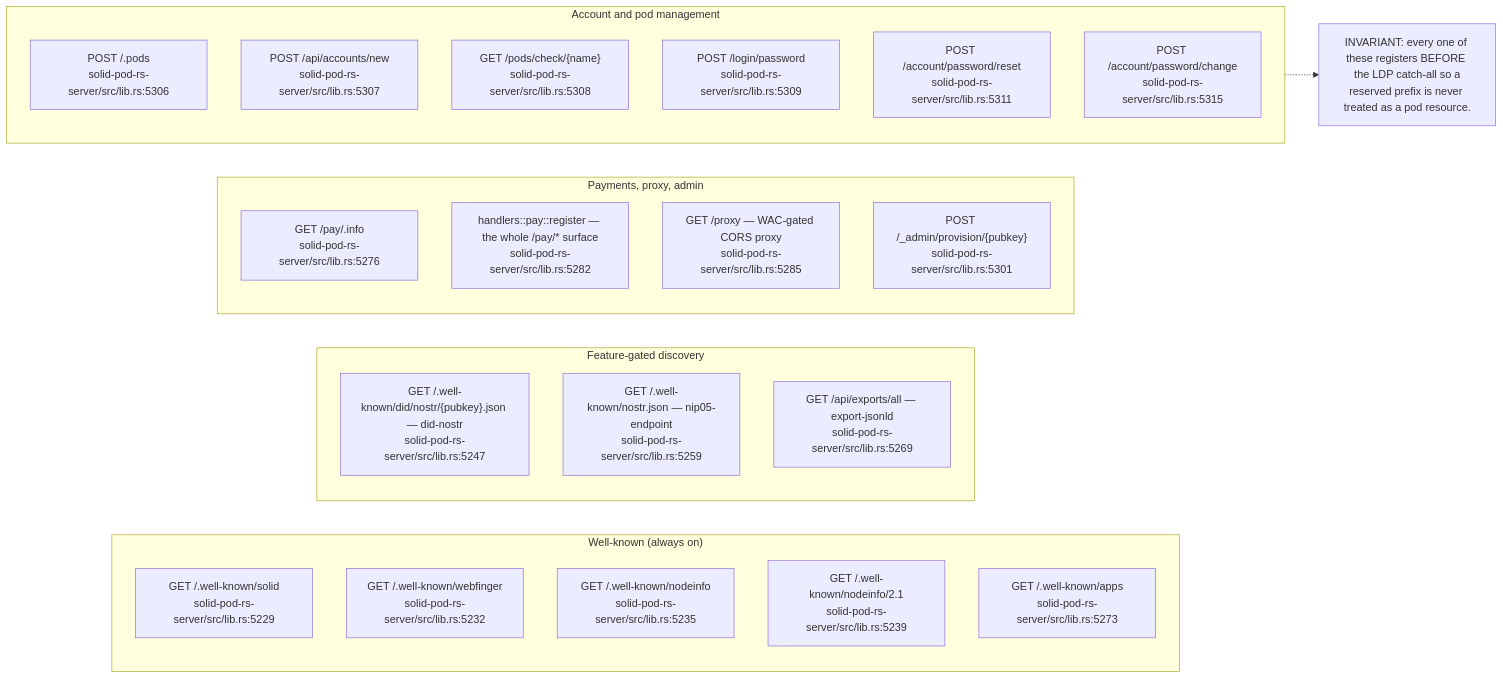
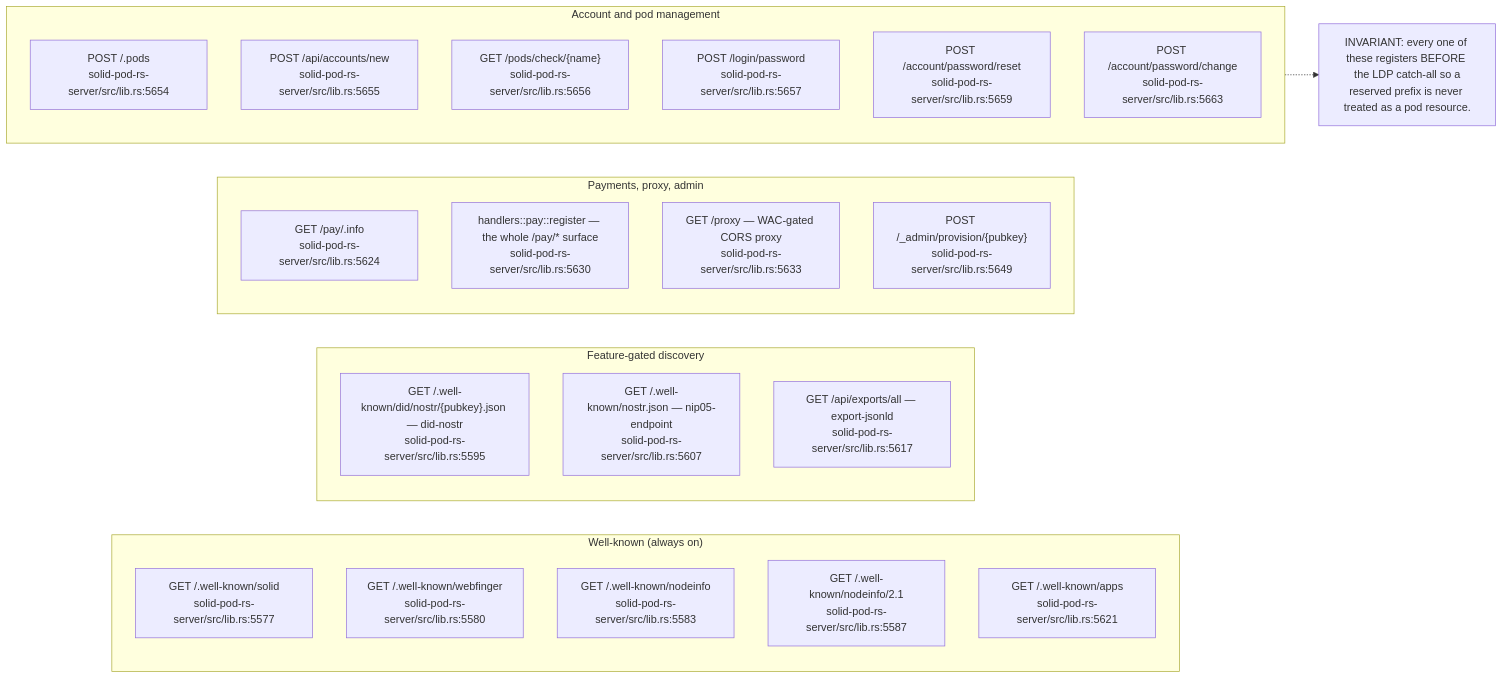
The eighth of 11 diagrams in docs/diagrams/solid-pod-rs/02-server-boot-and-routes.md (DreamLab-AI/VisionFlow), drawn with Mermaid before and after one commit. The commit also changed other lines of this file and 154 other files, not shown here.

First line of the commit message:
docs(diagrams): re-stamp 154 topics whose every citation still reads the same text at the current heads

````diff
--- a/docs/diagrams/solid-pod-rs/02-server-boot-and-routes.md
+++ b/docs/diagrams/solid-pod-rs/02-server-boot-and-routes.md
@@ -233,32 +233,32 @@
 ```mermaid
 flowchart LR
     subgraph WK["Well-known (always on)"]
-        A1["GET /.well-known/solid<br/>solid-pod-rs-server/src/lib.rs:5229"]
-        A2["GET /.well-known/webfinger<br/>solid-pod-rs-server/src/lib.rs:5232"]
-        A3["GET /.well-known/nodeinfo<br/>solid-pod-rs-server/src/lib.rs:5235"]
-        A4["GET /.well-known/nodeinfo/2.1<br/>solid-pod-rs-server/src/lib.rs:5239"]
-        A5["GET /.well-known/apps<br/>solid-pod-rs-server/src/lib.rs:5273"]
+        A1["GET /.well-known/solid<br/>solid-pod-rs-server/src/lib.rs:5577"]
+        A2["GET /.well-known/webfinger<br/>solid-pod-rs-server/src/lib.rs:5580"]
+        A3["GET /.well-known/nodeinfo<br/>solid-pod-rs-server/src/lib.rs:5583"]
+        A4["GET /.well-known/nodeinfo/2.1<br/>solid-pod-rs-server/src/lib.rs:5587"]
+        A5["GET /.well-known/apps<br/>solid-pod-rs-server/src/lib.rs:5621"]
     end
     subgraph GATED["Feature-gated discovery"]
-        B1["GET /.well-known/did/nostr/{pubkey}.json — did-nostr<br/>solid-pod-rs-server/src/lib.rs:5247"]
-        B2["GET /.well-known/nostr.json — nip05-endpoint<br/>solid-pod-rs-server/src/lib.rs:5259"]
-        B3["GET /api/exports/all — export-jsonld<br/>solid-pod-rs-server/src/lib.rs:5269"]
+        B1["GET /.well-known/did/nostr/{pubkey}.json — did-nostr<br/>solid-pod-rs-server/src/lib.rs:5595"]
+        B2["GET /.well-known/nostr.json — nip05-endpoint<br/>solid-pod-rs-server/src/lib.rs:5607"]
+        B3["GET /api/exports/all — export-jsonld<br/>solid-pod-rs-server/src/lib.rs:5617"]
     end
     subgraph PAYADMIN["Payments, proxy, admin"]
-        C1["GET /pay/.info<br/>solid-pod-rs-server/src/lib.rs:5276"]
-        C2["handlers::pay::register — the whole /pay/* surface<br/>solid-pod-rs-server/src/lib.rs:5282"]
-        C3["GET /proxy — WAC-gated CORS proxy<br/>solid-pod-rs-server/src/lib.rs:5285"]
-        C4["POST /_admin/provision/{pubkey}<br/>solid-pod-rs-server/src/lib.rs:5301"]
+        C1["GET /pay/.info<br/>solid-pod-rs-server/src/lib.rs:5624"]
+        C2["handlers::pay::register — the whole /pay/* surface<br/>solid-pod-rs-server/src/lib.rs:5630"]
+        C3["GET /proxy — WAC-gated CORS proxy<br/>solid-pod-rs-server/src/lib.rs:5633"]
+        C4["POST /_admin/provision/{pubkey}<br/>solid-pod-rs-server/src/lib.rs:5649"]
     end
     subgraph ACCT["Account and pod management"]
-        D1["POST /.pods<br/>solid-pod-rs-server/src/lib.rs:5306"]
-        D2["POST /api/accounts/new<br/>solid-pod-rs-server/src/lib.rs:5307"]
-        D3["GET /pods/check/{name}<br/>solid-pod-rs-server/src/lib.rs:5308"]
-        D4["POST /login/password<br/>solid-pod-rs-server/src/lib.rs:5309"]
-        D5["POST /account/password/reset<br/>solid-pod-rs-server/src/lib.rs:5311"]
-        D6["POST /account/password/change<br/>solid-pod-rs-server/src/lib.rs:5315"]
+        D1["POST /.pods<br/>solid-pod-rs-server/src/lib.rs:5654"]
+        D2["POST /api/accounts/new<br/>solid-pod-rs-server/src/lib.rs:5655"]
+        D3["GET /pods/check/{name}<br/>solid-pod-rs-server/src/lib.rs:5656"]
+        D4["POST /login/password<br/>solid-pod-rs-server/src/lib.rs:5657"]
+        D5["POST /account/password/reset<br/>solid-pod-rs-server/src/lib.rs:5659"]
+        D6["POST /account/password/change<br/>solid-pod-rs-server/src/lib.rs:5663"]
     end
 
     N["INVARIANT: every one of these registers BEFORE the LDP catch-all so a\nreserved prefix is never treated as a pod resource."]
     ACCT -.-> N
 ```
````
